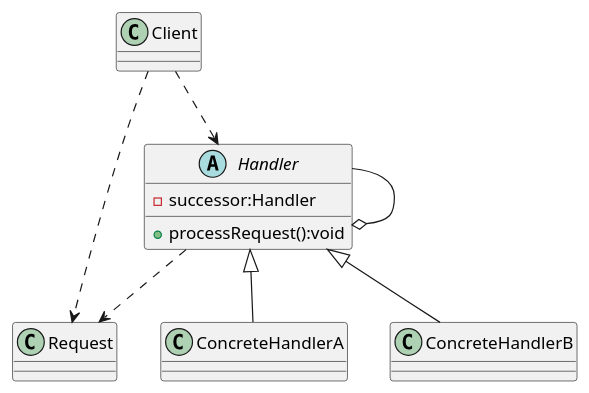
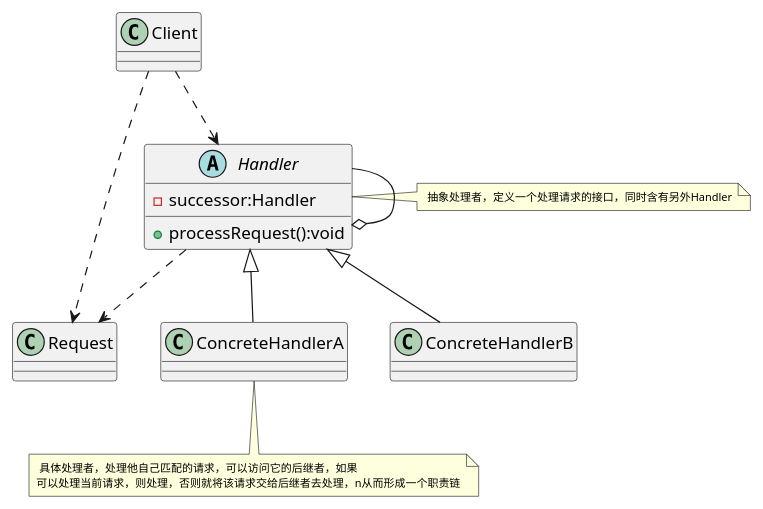
The diagram in design-pattern/src/main/java/wr1ttenyu/f1nal/study/designpattern/pattern23/responsibilitychain/ResponsibilityChain.puml (wr1ttenyu/f1nal), drawn with PlantUML before and after one commit. The commit also changed 18 other files, not shown here.

```diff
--- a/design-pattern/src/main/java/wr1ttenyu/f1nal/study/designpattern/pattern23/responsibilitychain/ResponsibilityChain.puml
+++ b/design-pattern/src/main/java/wr1ttenyu/f1nal/study/designpattern/pattern23/responsibilitychain/ResponsibilityChain.puml
@@ -1,23 +1,25 @@
 @startuml
 
 class Request
 class Client
 abstract class Handler
+note right:<size:9> 抽象处理者，定义一个处理请求的接口，同时含有另外Handler
 class ConcreteHandlerA
+note bottom:<size:9> 具体处理者，处理他自己匹配的请求，可以访问它的后继者，如果\n<size:9>可以处理当前请求，则处理，否则就将该请求交给后继者去处理，n<size:9>从而形成一个职责链
 class ConcreteHandlerB
 
 Handler <|-- ConcreteHandlerA
 Handler <|-- ConcreteHandlerB
 
 Handler --o Handler
 
 Handler ..> Request
 Client ..> Handler
 Client ..> Request
 
 abstract class Handler {
     -successor:Handler
     +processRequest():void
 }
 
 @enduml
```
